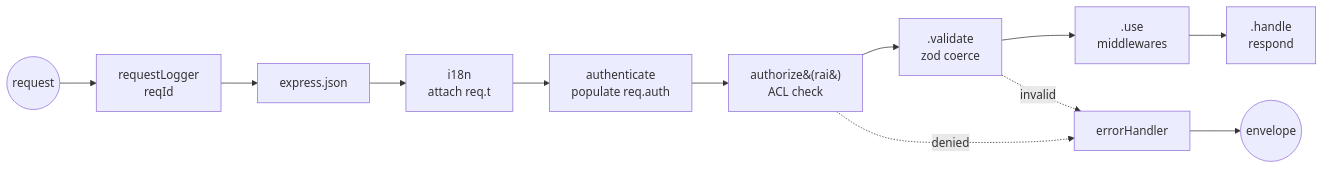
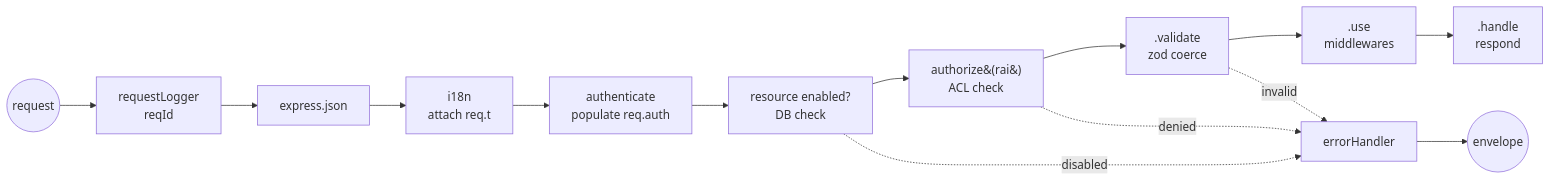
The second of 2 diagrams in README.md (kemora13conf/bp-backend-express), drawn with Mermaid before and after one commit. The commit also changed other lines of this file and 1 other file, not shown here.

````diff
--- a/README.md
+++ b/README.md
@@ -166,14 +176,16 @@
 ```mermaid
 flowchart LR
   req((request)) --> log[requestLogger<br/>reqId]
   log --> json[express.json]
   json --> i18n[i18n<br/>attach req.t]
   i18n --> auth[authenticate<br/>populate req.auth]
-  auth --> rai[authorize&#40;rai&#41;<br/>ACL check]
+  auth --> en[resource enabled?<br/>DB check]
+  en --> rai[authorize&#40;rai&#41;<br/>ACL check]
   rai --> val[.validate<br/>zod coerce]
   val --> mw[.use<br/>middlewares]
   mw --> h[.handle<br/>respond]
-  rai -. denied .-> err[errorHandler]
+  en -. disabled .-> err[errorHandler]
+  rai -. denied .-> err
   val -. invalid .-> err
   err --> out((envelope))
 ```
````
